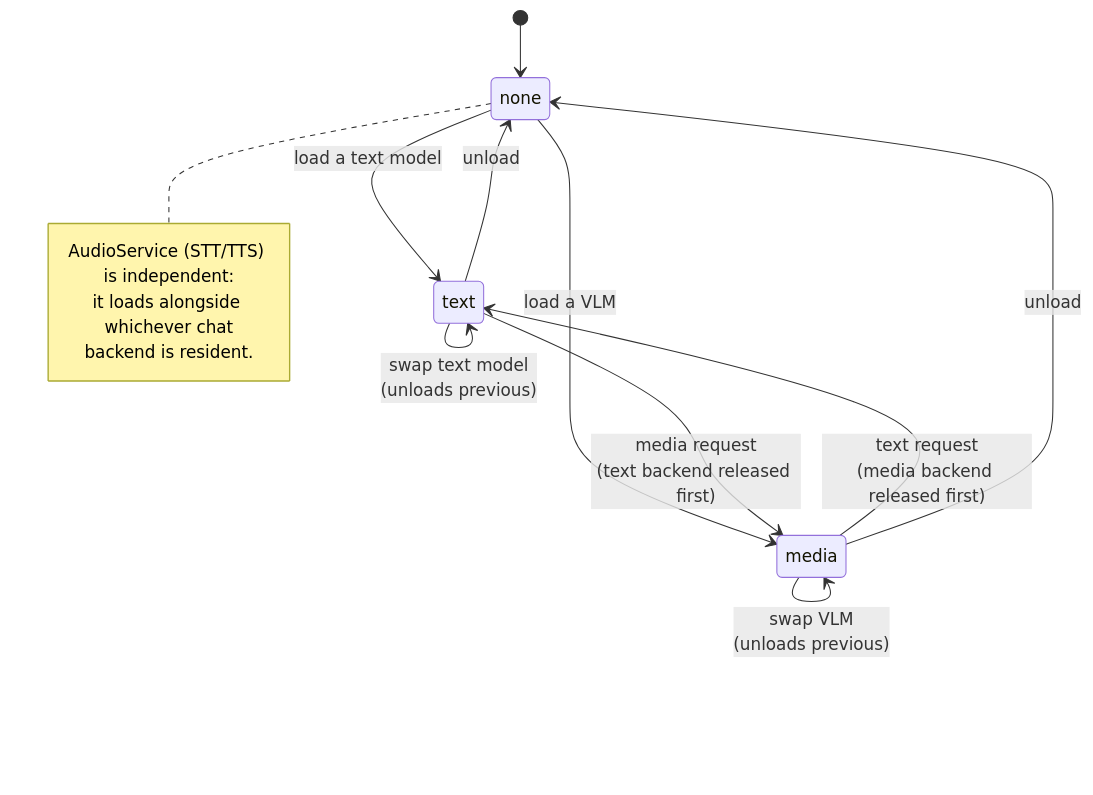
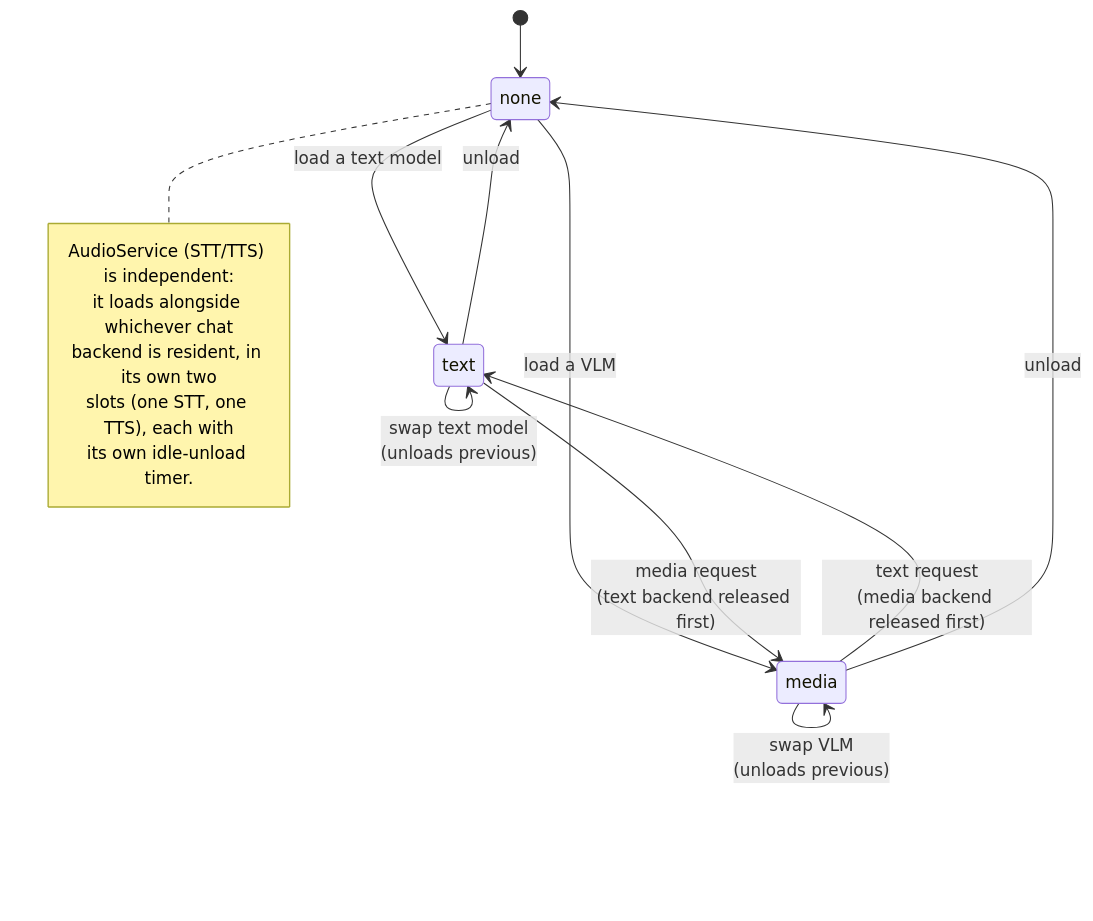
Before and after one commit to NVJ9SINGHNAVJOT/ai-service: the sixth of 6 diagrams in docs/system-design.md, drawn with Mermaid. The commit also changed other lines of this file and 13 other files, not shown here.

First line of the commit message:
feat: Enhance audio service with STT/TTS model management and testing

````diff
--- a/docs/system-design.md
+++ b/docs/system-design.md
@@ -269,22 +269,24 @@
 ```mermaid
 stateDiagram-v2
     [*] --> none
 
     none --> text: load a text model
     none --> media: load a VLM
 
     text --> text: swap text model<br/>(unloads previous)
     media --> media: swap VLM<br/>(unloads previous)
 
     text --> media: media request<br/>(text backend released first)
     media --> text: text request<br/>(media backend released first)
 
     text --> none: unload
     media --> none: unload
 
     note right of none
         AudioService (STT/TTS) is independent:
         it loads alongside whichever chat
-        backend is resident.
+        backend is resident, in its own two
+        slots (one STT, one TTS), each with
+        its own idle-unload timer.
     end note
 ```
````
